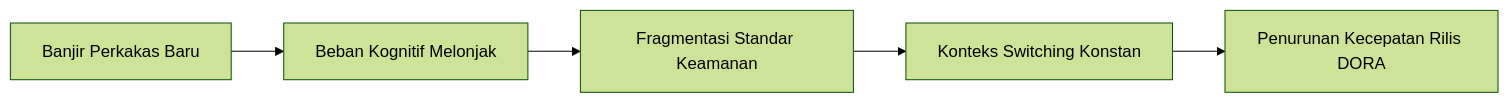
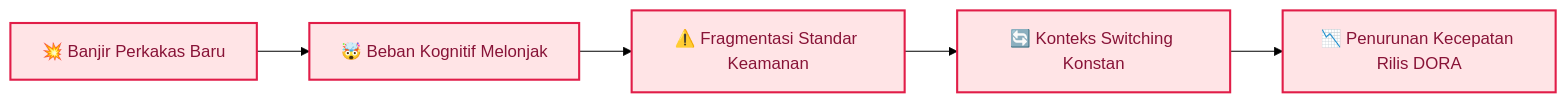
Before and after one commit to abdul-zailani/abdul-zailani.github.io: the first of 2 diagrams in _posts/2026-08-16-overload-tooling-devops-modern.md, drawn with Mermaid (forest theme). The commit also changed other lines of this file and 12 other files, not shown here.

Commit message:
feat(diagrams): upgrade to mermaid v11 hand-drawn excalidraw style with macos window cards

````diff
--- a/_posts/2026-08-16-overload-tooling-devops-modern.md
+++ b/_posts/2026-08-16-overload-tooling-devops-modern.md
@@ -37,7 +37,10 @@
 ```mermaid
 graph LR
-    A[Banjir Perkakas Baru] --> B[Beban Kognitif Melonjak]
-    B --> C[Fragmentasi Standar Keamanan]
-    C --> D[Konteks Switching Konstan]
-    D --> E[Penurunan Kecepatan Rilis DORA]
+    A[💥 Banjir Perkakas Baru] --> B[🤯 Beban Kognitif Melonjak]
+    B --> C[⚠️ Fragmentasi Standar Keamanan]
+    C --> D[🔄 Konteks Switching Konstan]
+    D --> E[📉 Penurunan Kecepatan Rilis DORA]
+
+    classDef error fill:#FFE4E6,stroke:#E11D48,stroke-width:2px,color:#881337;
+    class A,B,C,D,E error;
 ```
````
